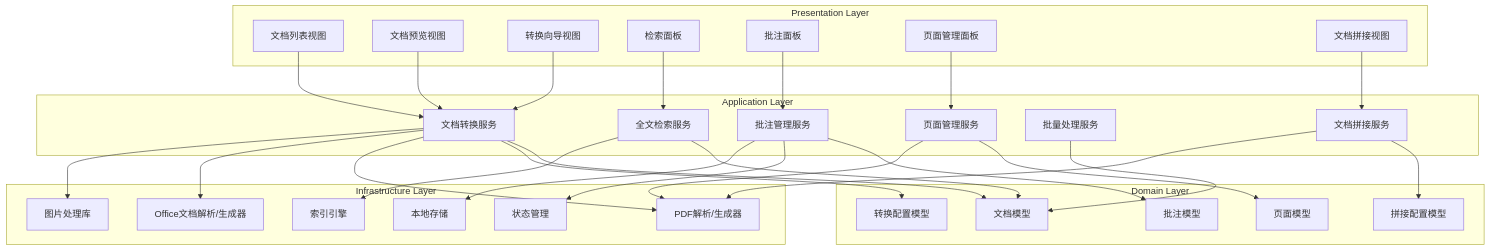
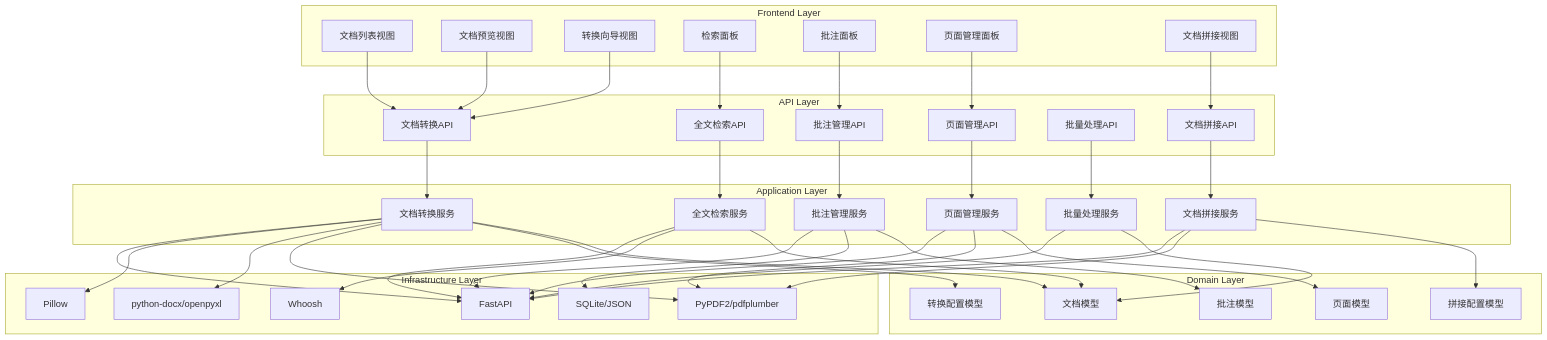
The diagram in .monkeycode/specs/2026-02-26-document-processor/design.md (lbyssssss/Document-Processing-Tool-), drawn with Mermaid before and after one commit. The commit also changed other lines of this file, not shown here.

First line of the commit message:
refactor: change implementation from frontend to Python backend

````diff
--- a/.monkeycode/specs/2026-02-26-document-processor/design.md
+++ b/.monkeycode/specs/2026-02-26-document-processor/design.md
@@ -14,6 +14,6 @@
 ```mermaid
 graph TB
-    subgraph "Presentation Layer"
+    subgraph "Frontend Layer"
         A1[文档列表视图]
         A2[文档预览视图]
         A3[转换向导视图]
@@ -23,30 +23,39 @@
         A7[文档拼接视图]
     end
 
+    subgraph "API Layer"
+        B1[文档转换API]
+        B2[全文检索API]
+        B3[批注管理API]
+        B4[页面管理API]
+        B5[批量处理API]
+        B6[文档拼接API]
+    end
+
     subgraph "Application Layer"
-        B1[文档转换服务]
-        B2[全文检索服务]
-        B3[批注管理服务]
-        B4[页面管理服务]
-        B5[批量处理服务]
-        B6[文档拼接服务]
+        C1[文档转换服务]
+        C2[全文检索服务]
+        C3[批注管理服务]
+        C4[页面管理服务]
+        C5[批量处理服务]
+        C6[文档拼接服务]
     end
 
     subgraph "Domain Layer"
-        C1[文档模型]
-        C2[批注模型]
-        C3[页面模型]
-        C4[转换配置模型]
-        C5[拼接配置模型]
+        D1[文档模型]
+        D2[批注模型]
+        D3[页面模型]
+        D4[转换配置模型]
+        D5[拼接配置模型]
     end
 
     subgraph "Infrastructure Layer"
-        D1[PDF解析/生成器]
-        D2[Office文档解析/生成器]
-        D3[图片处理库]
-        D4[索引引擎]
-        D5[状态管理]
-        D6[本地存储]
+        E1[PyPDF2/pdfplumber]
+        E2[python-docx/openpyxl]
+        E3[Pillow]
+        E4[Whoosh]
+        E5[SQLite/JSON]
+        E6[FastAPI]
     end
 
     A1 --> B1
@@ -58,19 +67,32 @@
     A7 --> B6
 
     B1 --> C1
-    B1 --> C4
-    B2 --> C1
-    B3 --> C2
-    B4 --> C3
-    B5 --> C1
-    B6 --> C5
+    B2 --> C2
+    B3 --> C3
+    B4 --> C4
+    B5 --> C5
+    B6 --> C6
 
-    B1 --> D1
-    B1 --> D2
-    B1 --> D3
-    B2 --> D4
-    B3 --> D5
-    B3 --> D6
-    B4 --> D1
-    B6 --> D1
+    C1 --> D1
+    C1 --> D4
+    C2 --> D1
+    C3 --> D2
+    C4 --> D3
+    C5 --> D1
+    C6 --> D5
+
+    C1 --> E1
+    C1 --> E2
+    C1 --> E3
+    C2 --> E4
+    C3 --> E5
+    C4 --> E1
+    C6 --> E1
+
+    C1 --> E6
+    C2 --> E6
+    C3 --> E6
+    C4 --> E6
+    C5 --> E6
+    C6 --> E6
 ```
````
